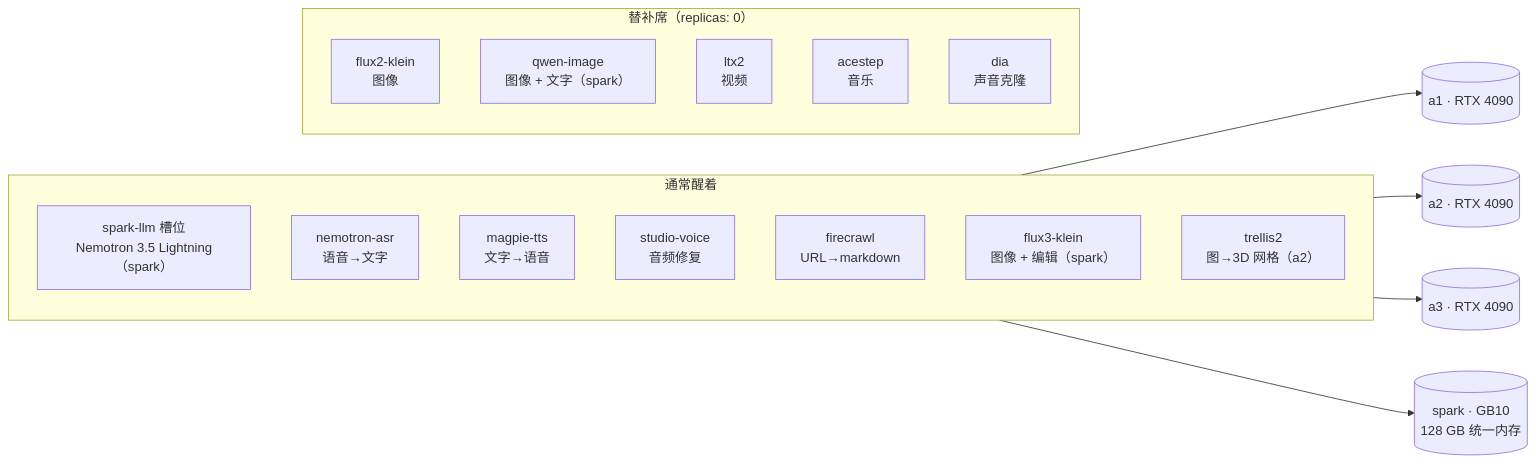
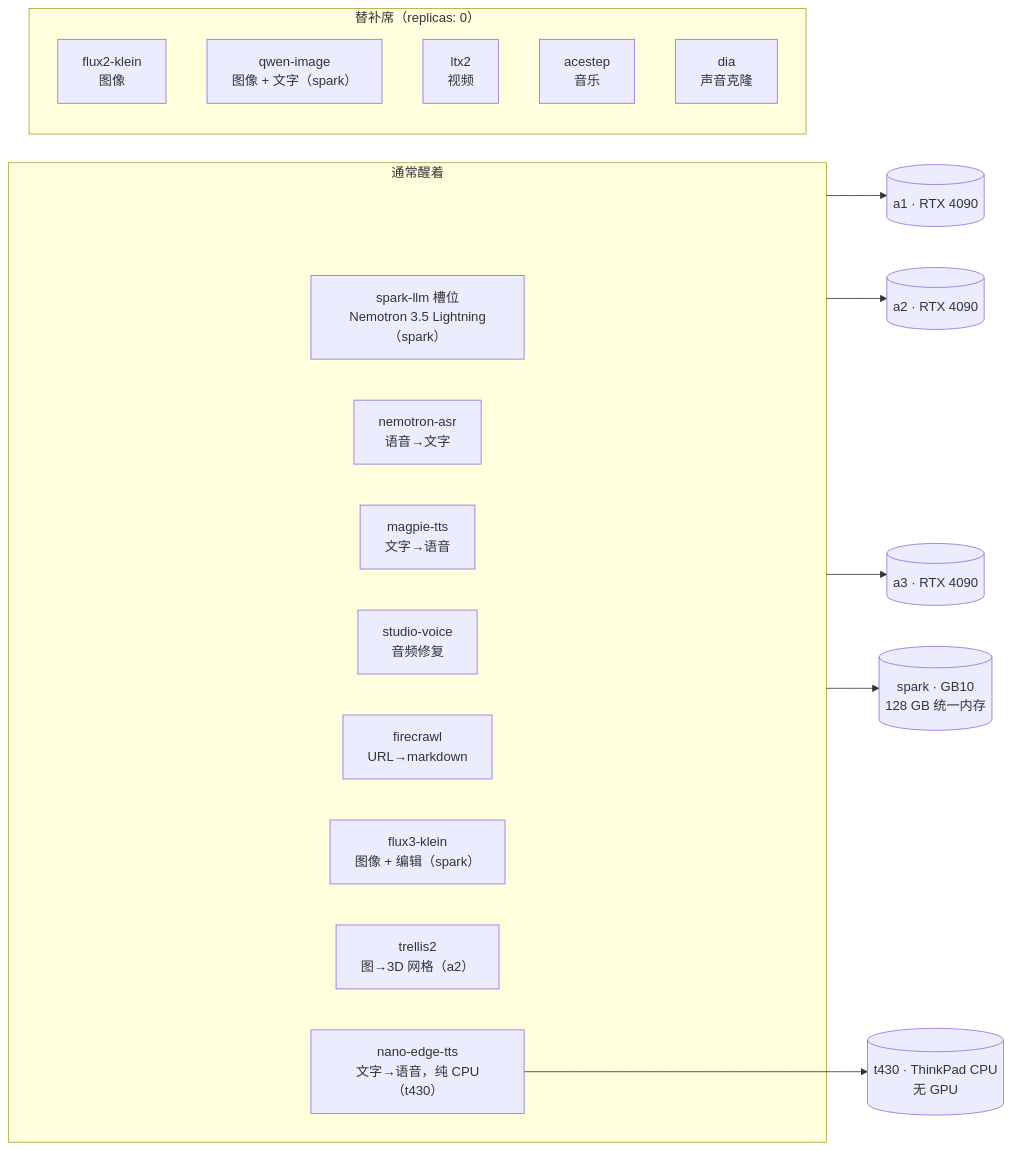
One commit to briancaffey/home-lab changed the diagram in docs-site/i18n/zh-Hans/docusaurus-plugin-content-docs/current/ai/inference-fleet.md. Above: the diagram before and after it, drawn with Mermaid. The commit also changed other lines of this file and 8 other files, not shown here.

First line of the commit message:
docs-site: nano-edge-tts page, fleet roster and t430's first workload

````diff
--- a/docs-site/i18n/zh-Hans/docusaurus-plugin-content-docs/current/ai/inference-fleet.md
+++ b/docs-site/i18n/zh-Hans/docusaurus-plugin-content-docs/current/ai/inference-fleet.md
@@ -18,24 +18,27 @@
 ```mermaid
 flowchart LR
     subgraph active["通常醒着"]
         omni["spark-llm 槽位<br/>Nemotron 3.5 Lightning（spark）"]
         asr["nemotron-asr<br/>语音→文字"]
         magpie["magpie-tts<br/>文字→语音"]
         sv["studio-voice<br/>音频修复"]
         fc["firecrawl<br/>URL→markdown"]
         klein["flux3-klein<br/>图像 + 编辑（spark）"]
         trellis["trellis2<br/>图→3D 网格（a2）"]
+        nano["nano-edge-tts<br/>文字→语音，纯 CPU（t430）"]
     end
     subgraph parked["替补席（replicas: 0）"]
         flux["flux2-klein<br/>图像"]
         qwen["qwen-image<br/>图像 + 文字（spark）"]
         ltx["ltx2<br/>视频"]
         ace["acestep<br/>音乐"]
         dia["dia<br/>声音克隆"]
     end
     gpu1[("a1 · RTX 4090")]
     gpu2[("a2 · RTX 4090")]
     gpu3[("a3 · RTX 4090")]
     spark[("spark · GB10<br/>128 GB 统一内存")]
+    cpu[("t430 · ThinkPad CPU<br/>无 GPU")]
     active --> gpu1 & gpu2 & gpu3 & spark
+    nano --> cpu
 ```
````
